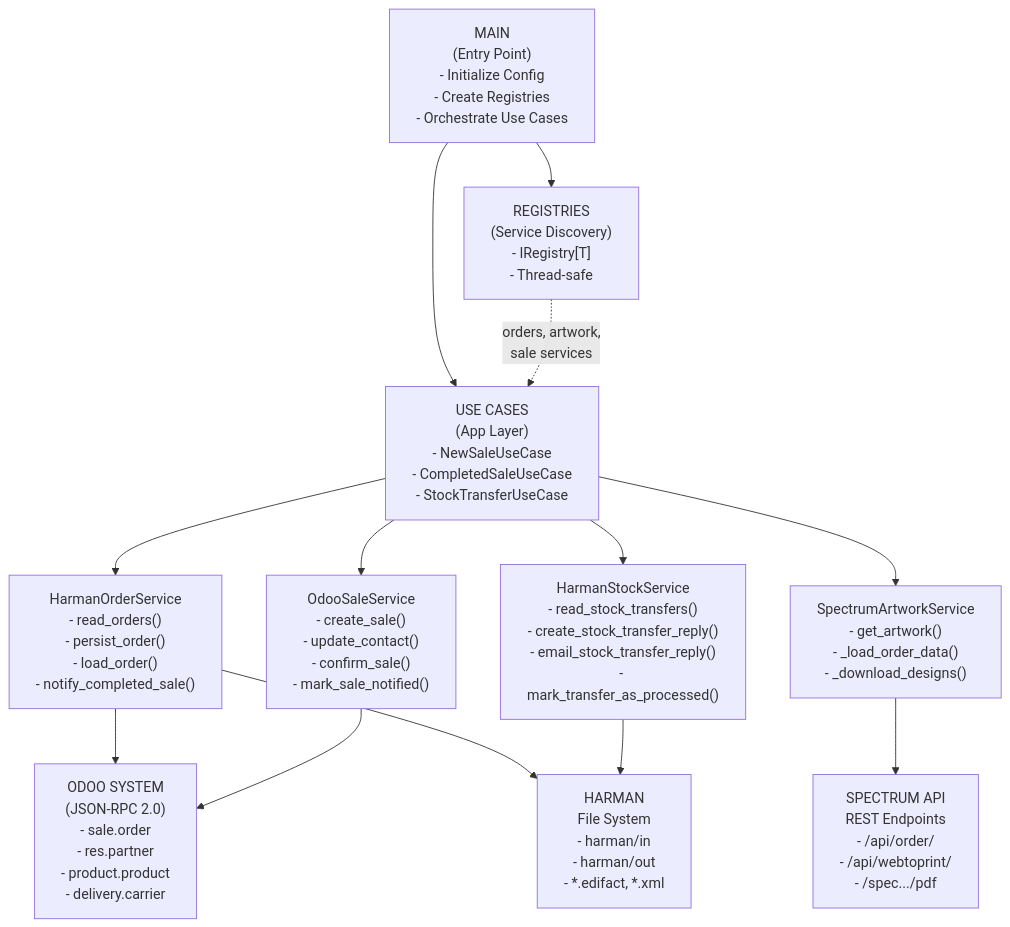
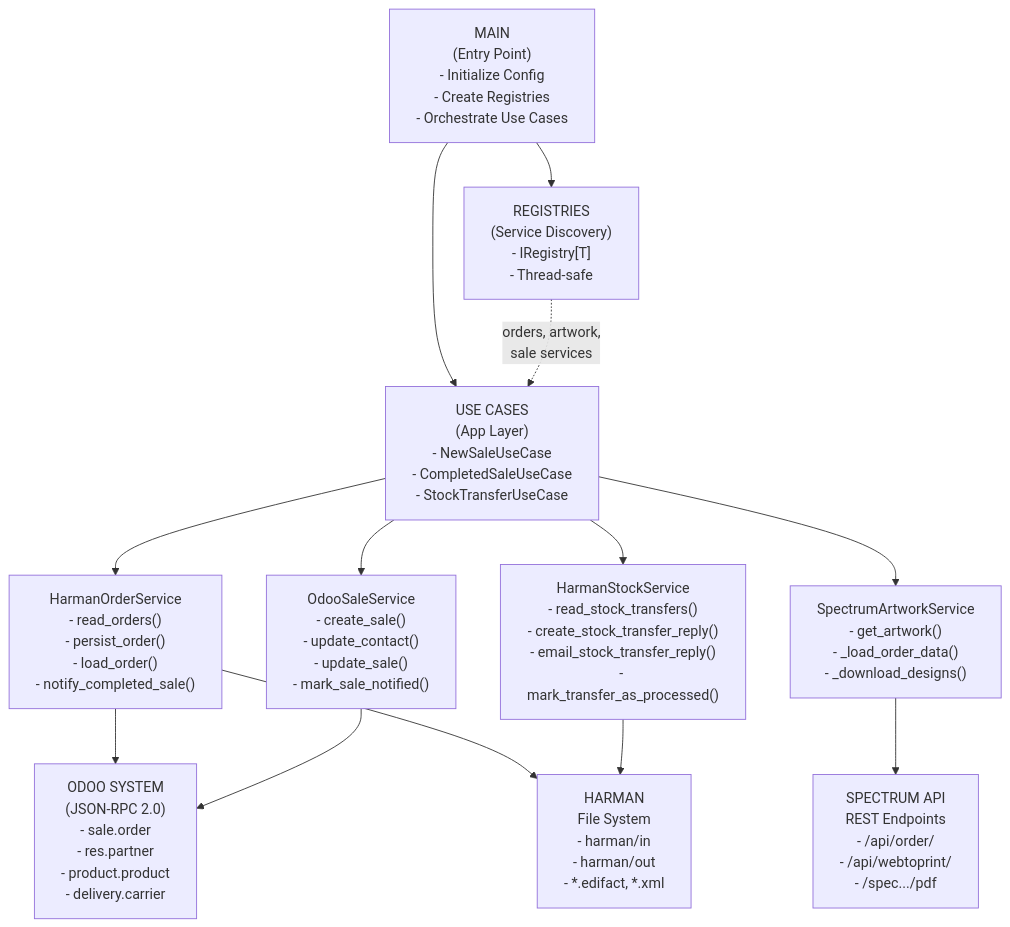
One commit to itdeonet/external_order changed the first of 7 diagrams in ARCHITECTURE_DIAGRAMS.md. Above: the diagram before and after it, drawn with Mermaid. The commit also changed other lines of this file and 3 other files, not shown here.

Commit message:
Update API specifications and architecture diagrams: change sale state to "sale", return tuple of (sale_id, sale_name), and remove confirm step in sale creation process.

````diff
--- a/ARCHITECTURE_DIAGRAMS.md
+++ b/ARCHITECTURE_DIAGRAMS.md
@@ -5,35 +5,35 @@
 ```mermaid
 graph TD
     Main["MAIN<br/>(Entry Point)<br/>- Initialize Config<br/>- Create Registries<br/>- Orchestrate Use Cases"]
     
     UC["USE CASES<br/>(App Layer)<br/>- NewSaleUseCase<br/>- CompletedSaleUseCase<br/>- StockTransferUseCase"]
     
     Reg["REGISTRIES<br/>(Service Discovery)<br/>- IRegistry[T]<br/>- Thread-safe"]
     
     OrderSvc["HarmanOrderService<br/>- read_orders()<br/>- persist_order()<br/>- load_order()<br/>- notify_completed_sale()"]
     
-    SaleSvc["OdooSaleService<br/>- create_sale()<br/>- update_contact()<br/>- confirm_sale()<br/>- mark_sale_notified()"]
+    SaleSvc["OdooSaleService<br/>- create_sale()<br/>- update_contact()<br/>- update_sale()<br/>- mark_sale_notified()"]
     
     ArtSvc["SpectrumArtworkService<br/>- get_artwork()<br/>- _load_order_data()<br/>- _download_designs()"]
     
     StockSvc["HarmanStockService<br/>- read_stock_transfers()<br/>- create_stock_transfer_reply()<br/>- email_stock_transfer_reply()<br/>- mark_transfer_as_processed()"]
     
     Odoo["ODOO SYSTEM<br/>(JSON-RPC 2.0)<br/>- sale.order<br/>- res.partner<br/>- product.product<br/>- delivery.carrier"]
     
     Harman["HARMAN<br/>File System<br/>- harman/in<br/>- harman/out<br/>- *.edifact, *.xml"]
     
     Spectrum["SPECTRUM API<br/>REST Endpoints<br/>- /api/order/<br/>- /api/webtoprint/<br/>- /spec.../pdf"]
     
     Main --> UC
     Main --> Reg
     UC --> OrderSvc
     UC --> SaleSvc
     UC --> ArtSvc
     UC --> StockSvc
     Reg -.->|orders, artwork,<br/>sale services| UC
     OrderSvc --> Odoo
     OrderSvc --> Harman
     SaleSvc --> Odoo
     ArtSvc --> Spectrum
     StockSvc --> Harman
 ```
````
